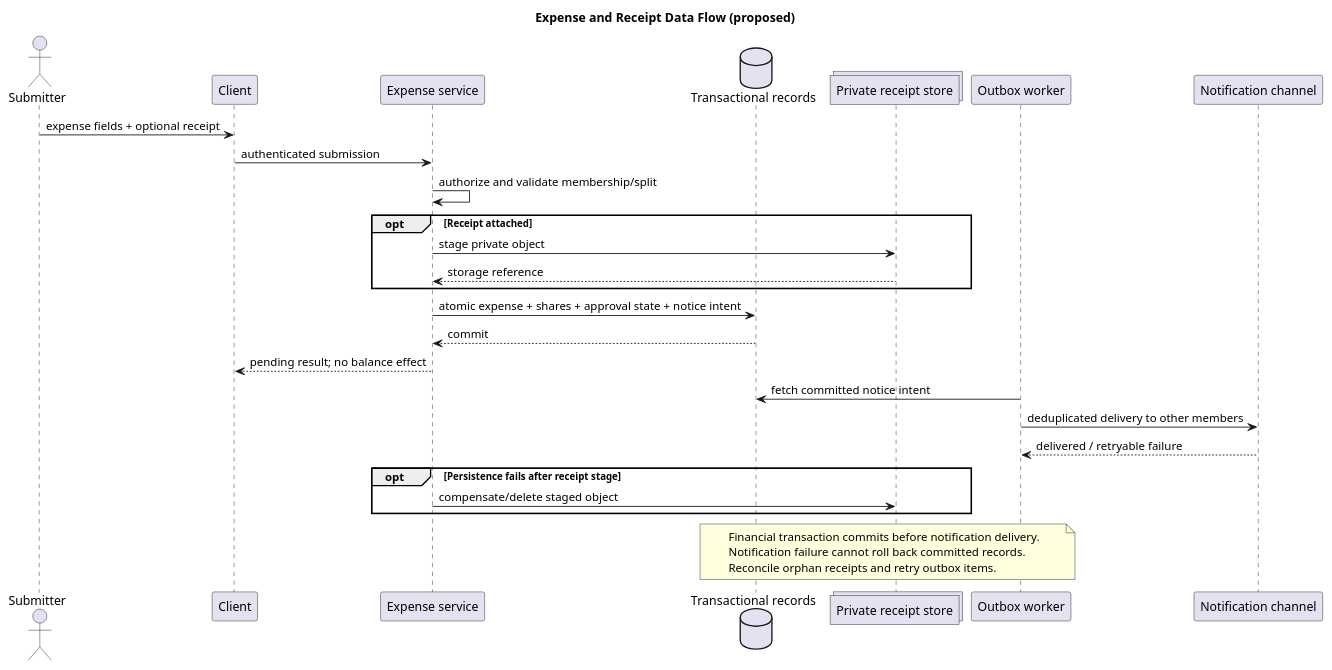
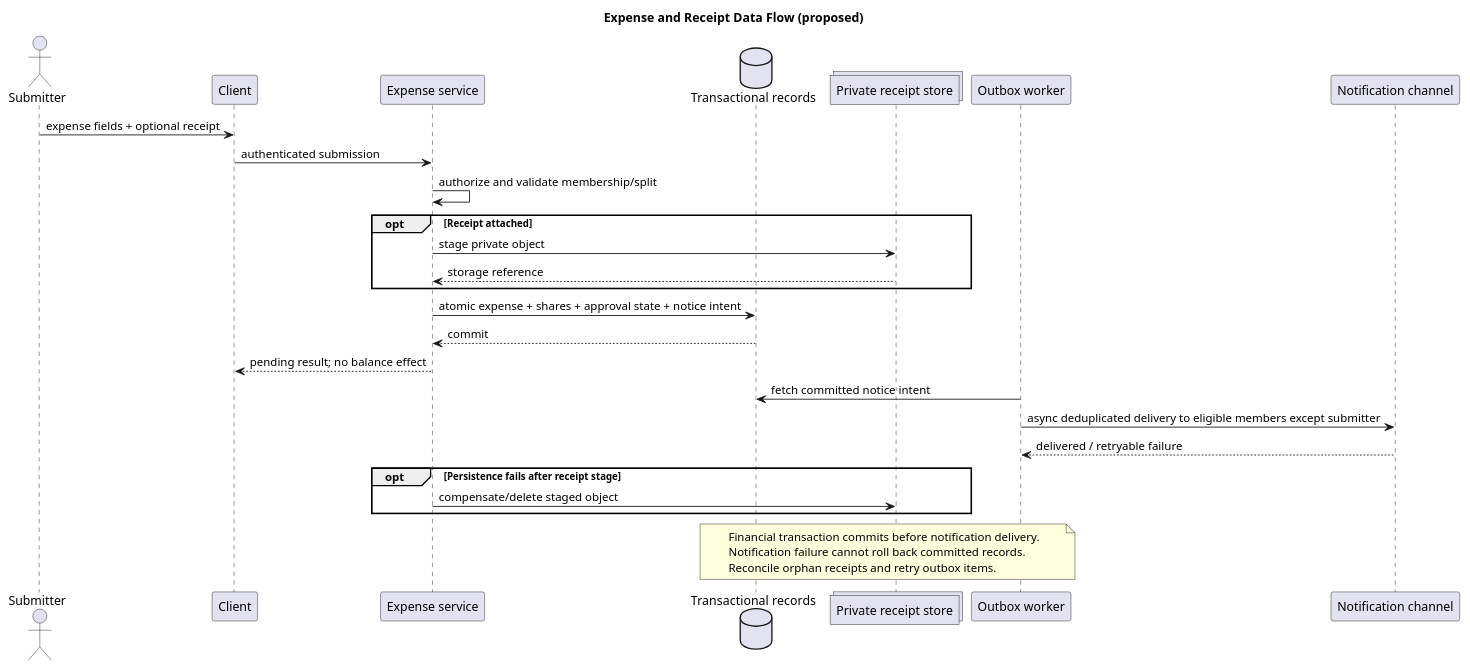
Before and after one commit to calebkra/CIS-285-Lab-6: the diagram in docs/architecture-analysis/consolidated/diagrams/data-flow.puml, drawn with PlantUML. The commit also changed 8 other files, not shown here.

```diff
--- a/docs/architecture-analysis/consolidated/diagrams/data-flow.puml
+++ b/docs/architecture-analysis/consolidated/diagrams/data-flow.puml
@@ -1,31 +1,31 @@
 @startuml
 title Expense and Receipt Data Flow (proposed)
 actor Submitter
 participant "Client" as Client
 participant "Expense service" as Service
 database "Transactional records" as DB
 collections "Private receipt store" as Files
 participant "Outbox worker" as Worker
 participant "Notification channel" as Notify
 Submitter -> Client : expense fields + optional receipt
 Client -> Service : authenticated submission
 Service -> Service : authorize and validate membership/split
 opt Receipt attached
  Service -> Files : stage private object
  Files --> Service : storage reference
 end
 Service -> DB : atomic expense + shares + approval state + notice intent
 DB --> Service : commit
 Service --> Client : pending result; no balance effect
 Worker -> DB : fetch committed notice intent
-Worker -> Notify : deduplicated delivery to other members
+Worker -> Notify : async deduplicated delivery to eligible members except submitter
 Notify --> Worker : delivered / retryable failure
 opt Persistence fails after receipt stage
  Service -> Files : compensate/delete staged object
 end
 note over DB,Worker
 Financial transaction commits before notification delivery.
 Notification failure cannot roll back committed records.
 Reconcile orphan receipts and retry outbox items.
 end note
 @enduml
```
